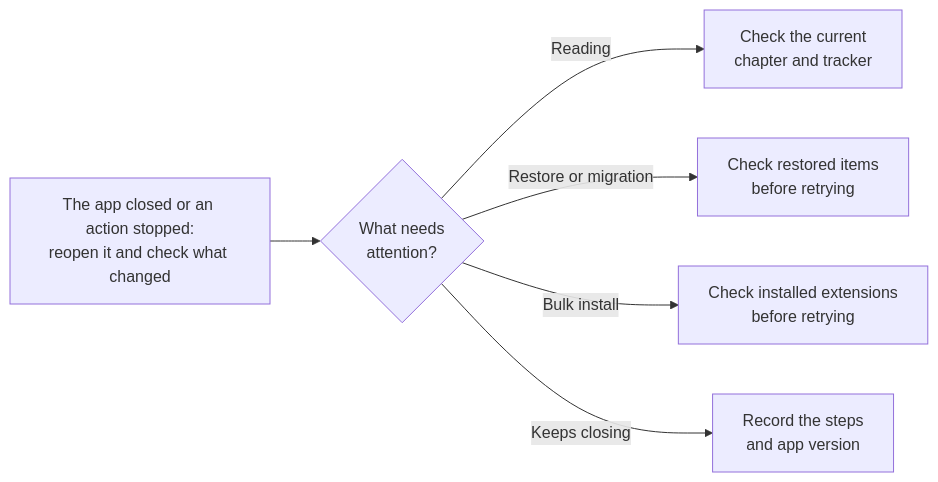
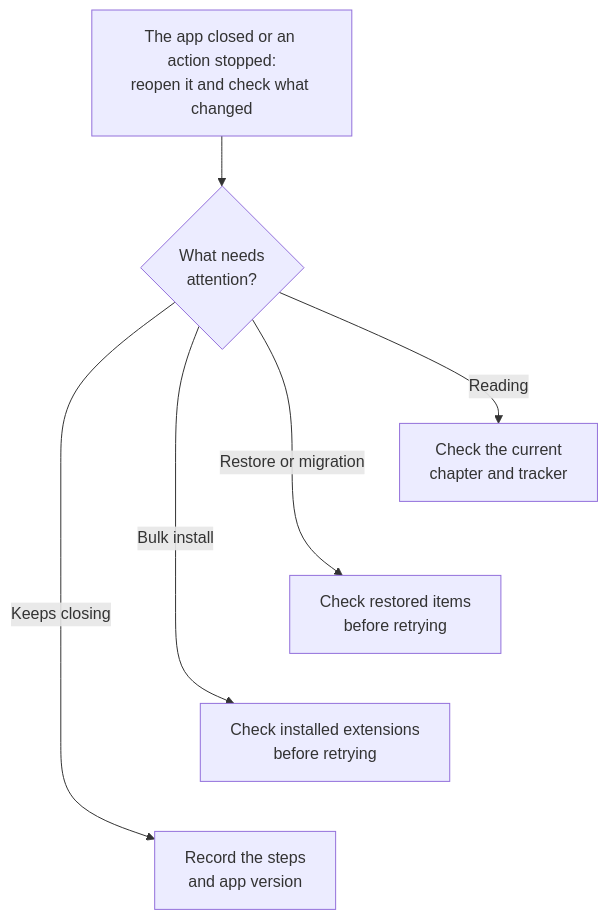
Before and after one commit to FancyCorey/komikku-fc: the fifth of 5 diagrams in docs/kmk/feature-guides/troubleshooting.md, drawn with Mermaid. The commit also changed 29 other files, not shown here.

````diff
--- a/docs/kmk/feature-guides/troubleshooting.md
+++ b/docs/kmk/feature-guides/troubleshooting.md
@@ -101,8 +101,12 @@
 ```mermaid
-flowchart LR
+flowchart TD
     Stop["The app closed or an action stopped:<br/>reopen it and check what changed"] --> Choice{"What needs<br/>attention?"}
     Choice -->|Reading| Chapter["Check the current<br/>chapter and tracker"]
     Choice -->|Restore or migration| Backup["Check restored items<br/>before retrying"]
     Choice -->|Bulk install| Installed["Check installed extensions<br/>before retrying"]
     Choice -->|Keeps closing| Report["Record the steps<br/>and app version"]
+    %% Stack independent choices vertically for narrow screens.
+    Chapter ~~~ Backup
+    Backup ~~~ Installed
+    Installed ~~~ Report
 ```
````
